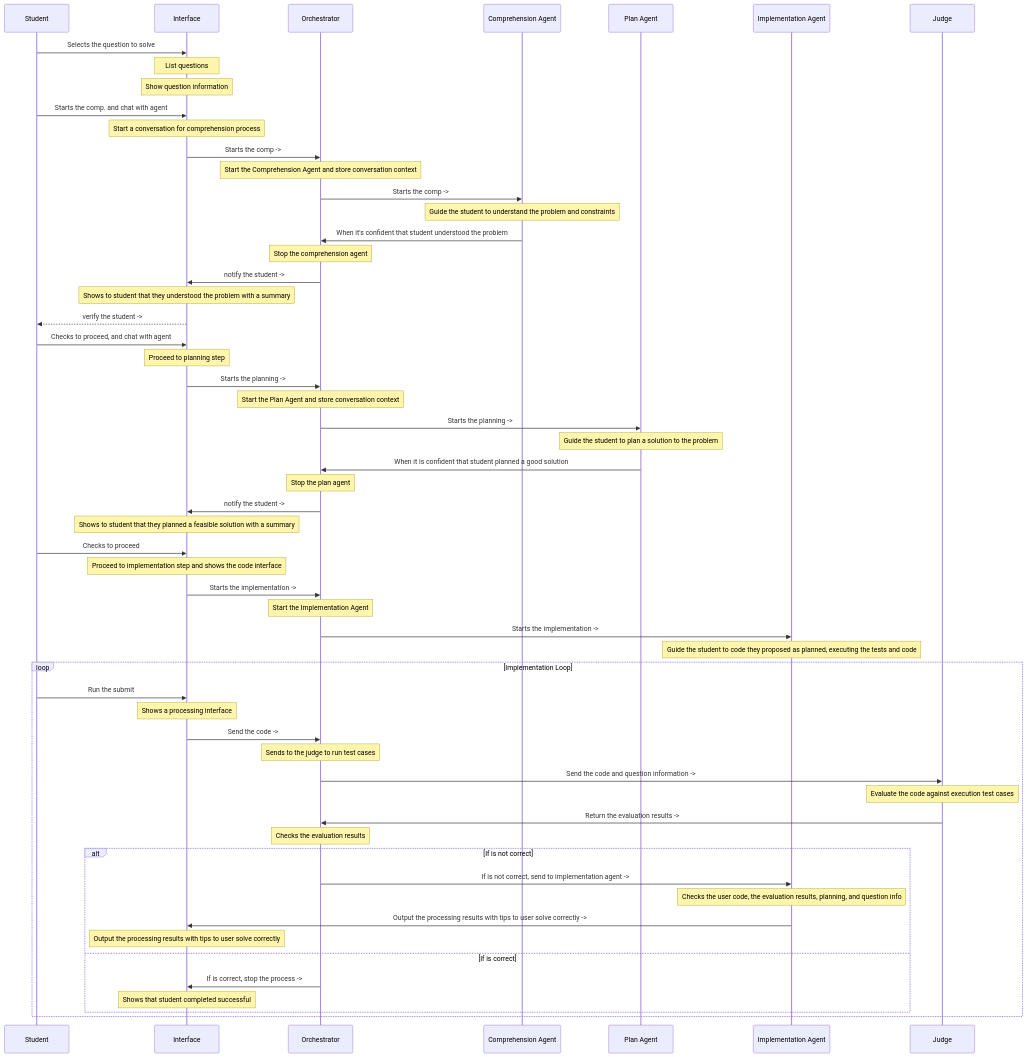
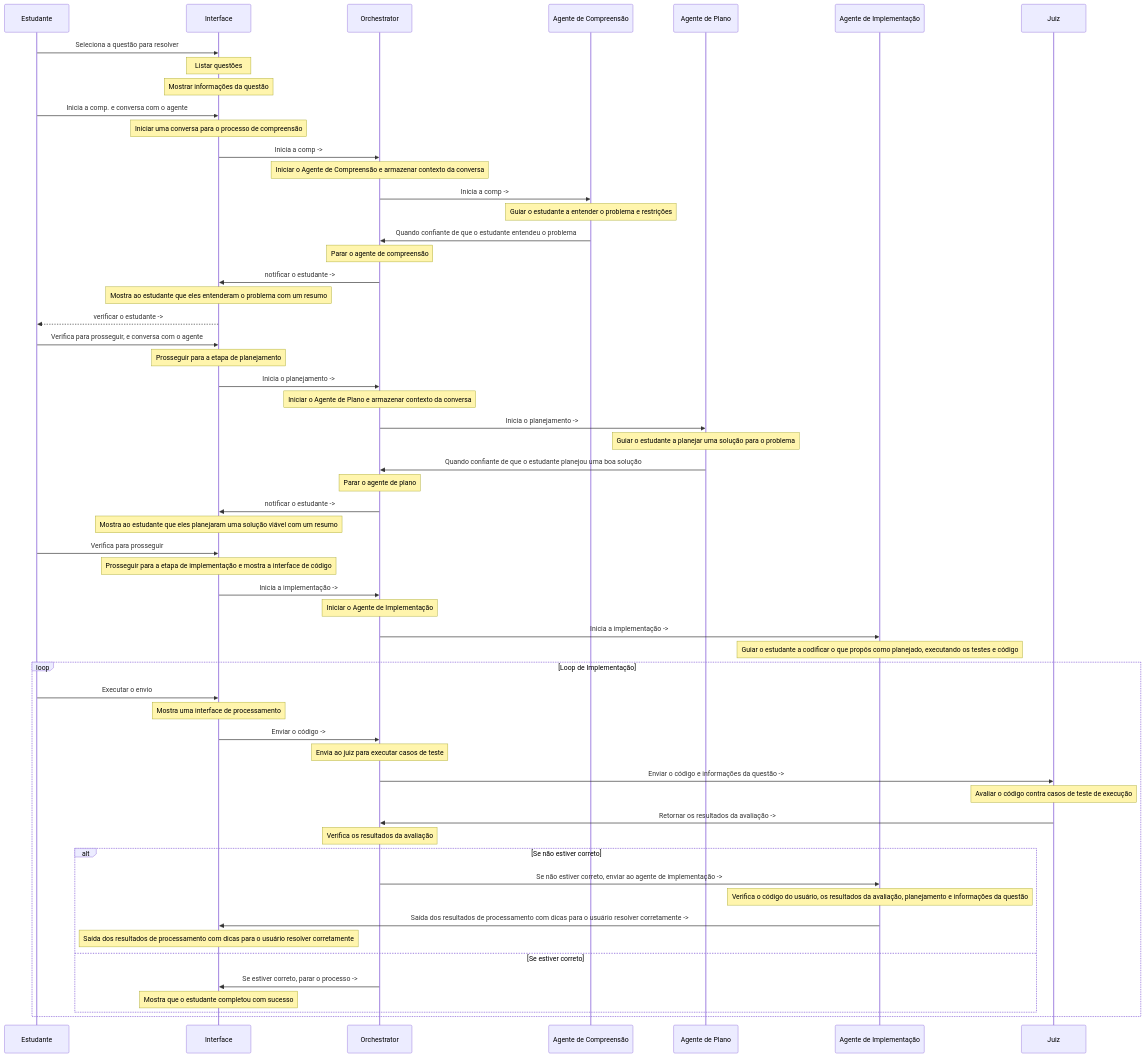
The second of 2 diagrams in GEMINI.md (TETEURYAN/obi-benchmarking), drawn with Mermaid before and after one commit. The commit also changed other lines of this file and 7 other files, not shown here.

````diff
--- a/GEMINI.md
+++ b/GEMINI.md
@@ -50,71 +50,71 @@
 ```mermaid
 sequenceDiagram
-    participant S as Student
+    participant S as Estudante
     participant I as Interface
     participant O as Orchestrator
-    participant CA as Comprehension Agent
-    participant PA as Plan Agent
-    participant IA as Implementation Agent
-    participant J as Judge
+    participant CA as Agente de Compreensão
+    participant PA as Agente de Plano
+    participant IA as Agente de Implementação
+    participant J as Juiz
 
-    S->>I: Selects the question to solve
-    Note over I: List questions
-    Note over I: Show question information
+    S->>I: Seleciona a questão para resolver
+    Note over I: Listar questões
+    Note over I: Mostrar informações da questão
 
-    %% Comprehension Phase
-    S->>I: Starts the comp. and chat with agent
-    Note over I: Start a conversation for comprehension process
-    I->>O: Starts the comp ->
-    Note over O: Start the Comprehension Agent and store conversation context
-    O->>CA: Starts the comp ->
-    Note over CA: Guide the student to understand the problem and constraints
+    %% Fase de Compreensão
+    S->>I: Inicia a comp. e conversa com o agente
+    Note over I: Iniciar uma conversa para o processo de compreensão
+    I->>O: Inicia a comp ->
+    Note over O: Iniciar o Agente de Compreensão e armazenar contexto da conversa
+    O->>CA: Inicia a comp ->
+    Note over CA: Guiar o estudante a entender o problema e restrições
 
-    CA->>O: When it's confident that student understood the problem
-    Note over O: Stop the comprehension agent
-    O->>I: notify the student ->
-    Note over I: Shows to student that they understood the problem with a summary
-    I-->>S: verify the student ->
+    CA->>O: Quando confiante de que o estudante entendeu o problema
+    Note over O: Parar o agente de compreensão
+    O->>I: notificar o estudante ->
+    Note over I: Mostra ao estudante que eles entenderam o problema com um resumo
+    I-->>S: verificar o estudante ->
 
-    %% Planning Phase
-    S->>I: Checks to proceed, and chat with agent
-    Note over I: Proceed to planning step
-    I->>O: Starts the planning ->
-    Note over O: Start the Plan Agent and store conversation context
-    O->>PA: Starts the planning ->
-    Note over PA: Guide the student to plan a solution to the problem
+    %% Fase de Planejamento
+    S->>I: Verifica para prosseguir, e conversa com o agente
+    Note over I: Prosseguir para a etapa de planejamento
+    I->>O: Inicia o planejamento ->
+    Note over O: Iniciar o Agente de Plano e armazenar contexto da conversa
+    O->>PA: Inicia o planejamento ->
+    Note over PA: Guiar o estudante a planejar uma solução para o problema
 
-    PA->>O: When it is confident that student planned a good solution
-    Note over O: Stop the plan agent
-    O->>I: notify the student ->
-    Note over I: Shows to student that they planned a feasible solution with a summary
+    PA->>O: Quando confiante de que o estudante planejou uma boa solução
+    Note over O: Parar o agente de plano
+    O->>I: notificar o estudante ->
+    Note over I: Mostra ao estudante que eles planejaram uma solução viável com um resumo
 
-    %% Implementation Phase
-    S->>I: Checks to proceed
-    Note over I: Proceed to implementation step and shows the code interface
-    I->>O: Starts the implementation ->
-    Note over O: Start the Implementation Agent
-    O->>IA: Starts the implementation ->
-    Note over IA: Guide the student to code they proposed as planned, executing the tests and code
+    %% Fase de Implementação
+    S->>I: Verifica para prosseguir
+    Note over I: Prosseguir para a etapa de implementação e mostra a interface de código
+    I->>O: Inicia a implementação ->
+    Note over O: Iniciar o Agente de Implementação
+    O->>IA: Inicia a implementação ->
+    Note over IA: Guiar o estudante a codificar o que propôs como planejado, executando os testes e código
 
-    %% Implementation Loop
-    loop Implementation Loop
-        S->>I: Run the submit
-        Note over I: Shows a processing interface
-        I->>O: Send the code ->
-        Note over O: Sends to the judge to run test cases
-        O->>J: Send the code and question information ->
-        Note over J: Evaluate the code against execution test cases
-        J->>O: Return the evaluation results ->
-        Note over O: Checks the evaluation results
+    %% Loop de Implementação
+    loop Loop de Implementação
+        S->>I: Executar o envio
+        Note over I: Mostra uma interface de processamento
+        I->>O: Enviar o código ->
+        Note over O: Envia ao juiz para executar casos de teste
+        O->>J: Enviar o código e informações da questão ->
+        Note over J: Avaliar o código contra casos de teste de execução
+        J->>O: Retornar os resultados da avaliação ->
+        Note over O: Verifica os resultados da avaliação
 
-        alt If is not correct
-            O->>IA: If is not correct, send to implementation agent ->
-            Note over IA: Checks the user code, the evaluation results, planning, and question info
-            IA->>I: Output the processing results with tips to user solve correctly ->
-            Note over I: Output the processing results with tips to user solve correctly
-        else If is correct
-            O->>I: If is correct, stop the process ->
-            Note over I: Shows that student completed successful
+        alt Se não estiver correto
+            O->>IA: Se não estiver correto, enviar ao agente de implementação ->
+            Note over IA: Verifica o código do usuário, os resultados da avaliação, planejamento e informações da questão
+            IA->>I: Saída dos resultados de processamento com dicas para o usuário resolver corretamente ->
+            Note over I: Saída dos resultados de processamento com dicas para o usuário resolver corretamente
+        else Se estiver correto
+            O->>I: Se estiver correto, parar o processo ->
+            Note over I: Mostra que o estudante completou com sucesso
         end
     end
 ```
````
